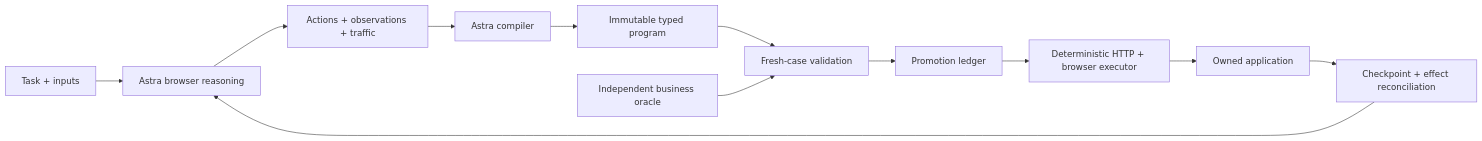
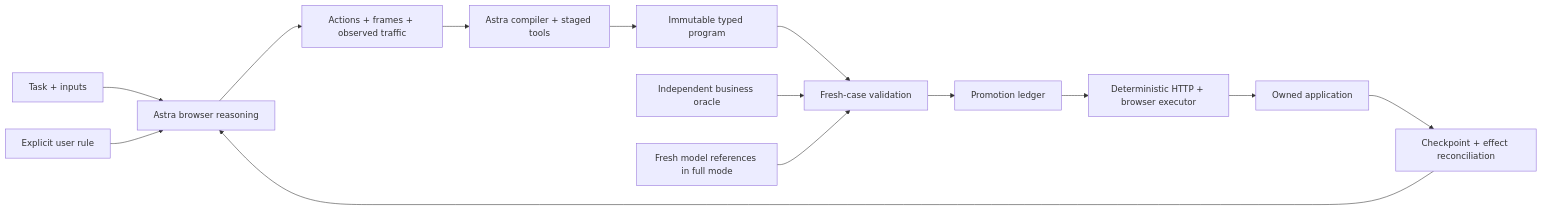
The diagram in README.md (poudelsubhan/myelin), drawn with Mermaid before and after one commit. The commit also changed other lines of this file and 23 other files, not shown here.

Commit message:
Package full-scope rehearsal mode and one-minute evidence video

````diff
--- a/README.md
+++ b/README.md
@@ -71,14 +88,16 @@
 ```mermaid
 flowchart LR
   Task[Task + inputs] --> Astra[Astra browser reasoning]
-  Astra --> Trace[Actions + observations + traffic]
-  Trace --> Compiler[Astra compiler]
+  Steer[Explicit user rule] --> Astra
+  Astra --> Trace[Actions + frames + observed traffic]
+  Trace --> Compiler[Astra compiler + staged tools]
   Compiler --> Candidate[Immutable typed program]
   Candidate --> Gate[Fresh-case validation]
   Oracle[Independent business oracle] --> Gate
+  References[Fresh model references in full mode] --> Gate
   Gate --> Ledger[Promotion ledger]
   Ledger --> Executor[Deterministic HTTP + browser executor]
   Executor --> App[Owned application]
   App --> Repair[Checkpoint + effect reconciliation]
   Repair --> Astra
 ```
````
